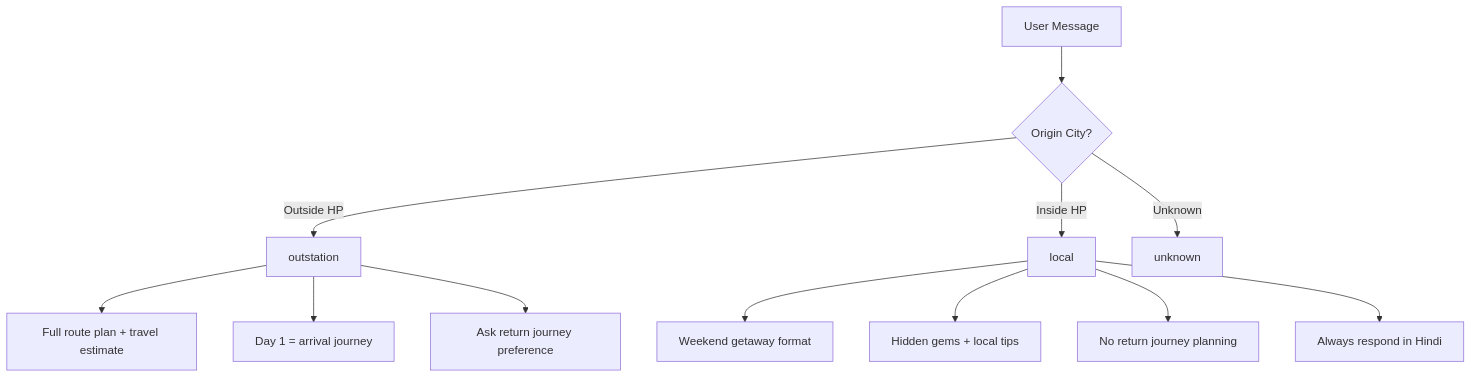
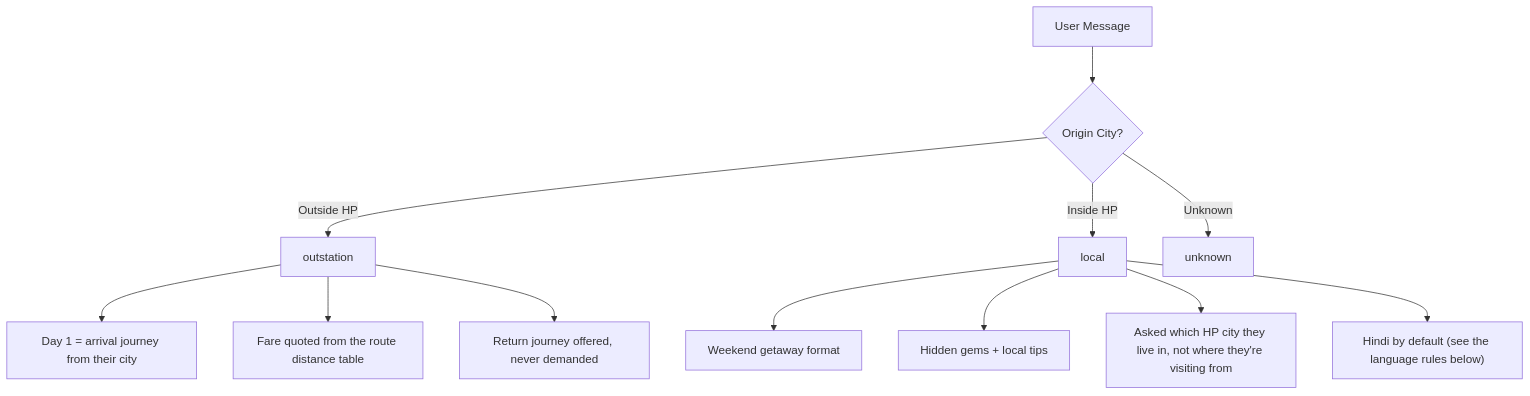
The second of 3 diagrams in docs/agent_flow.md (immersivedata-ai/HimCab_chatbot), drawn with Mermaid before and after one commit. The commit also changed other lines of this file and 72 other files, not shown here.

````diff
--- a/docs/agent_flow.md
+++ b/docs/agent_flow.md
@@ -74,16 +145,16 @@
 ```mermaid
 flowchart TD
     A["User Message"] --> B{Origin City?}
     B -->|Outside HP| C["outstation"]
     B -->|Inside HP| D["local"]
     B -->|Unknown| E["unknown"]
 
-    C --> F["Full route plan + travel estimate"]
-    C --> G["Day 1 = arrival journey"]
-    C --> H["Ask return journey preference"]
+    C --> F["Day 1 = arrival journey from their city"]
+    C --> G["Fare quoted from the route distance table"]
+    C --> H["Return journey offered, never demanded"]
 
     D --> I["Weekend getaway format"]
     D --> J["Hidden gems + local tips"]
-    D --> K["No return journey planning"]
-    D --> L["Always respond in Hindi"]
+    D --> K["Asked which HP city they live in, not where they're visiting from"]
+    D --> L["Hindi by default (see the language rules below)"]
 ```
````
